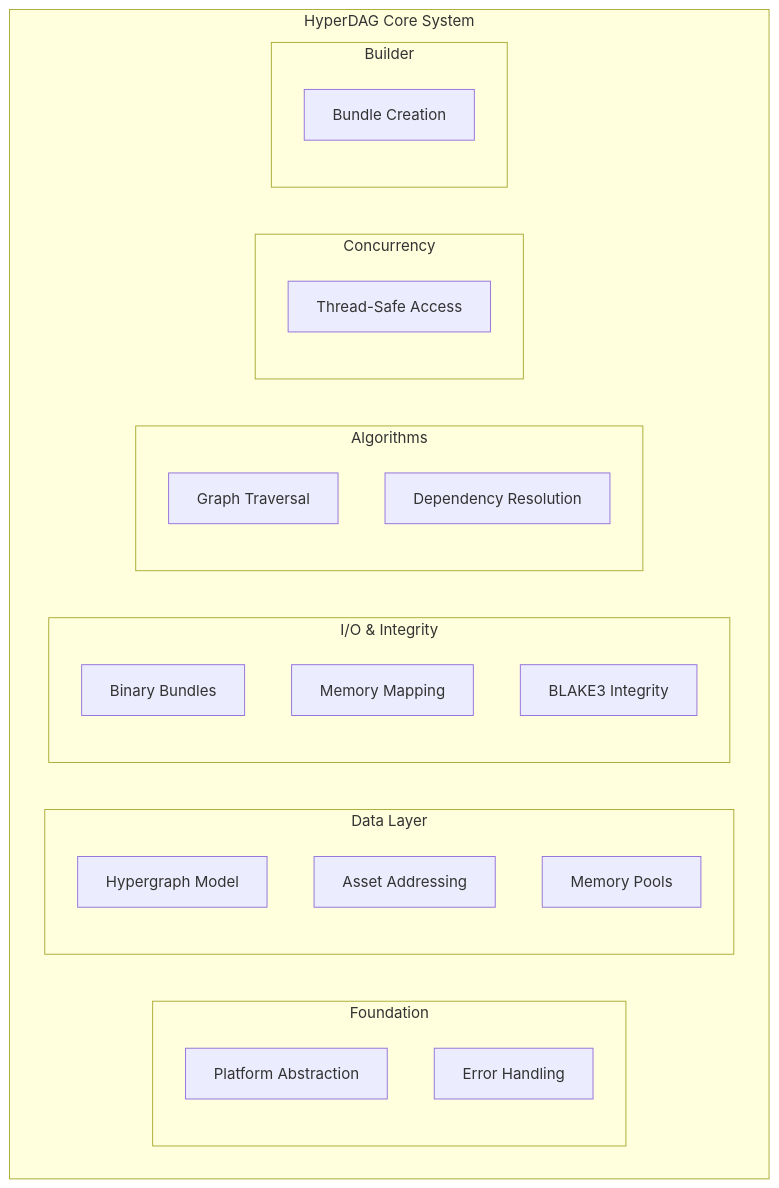
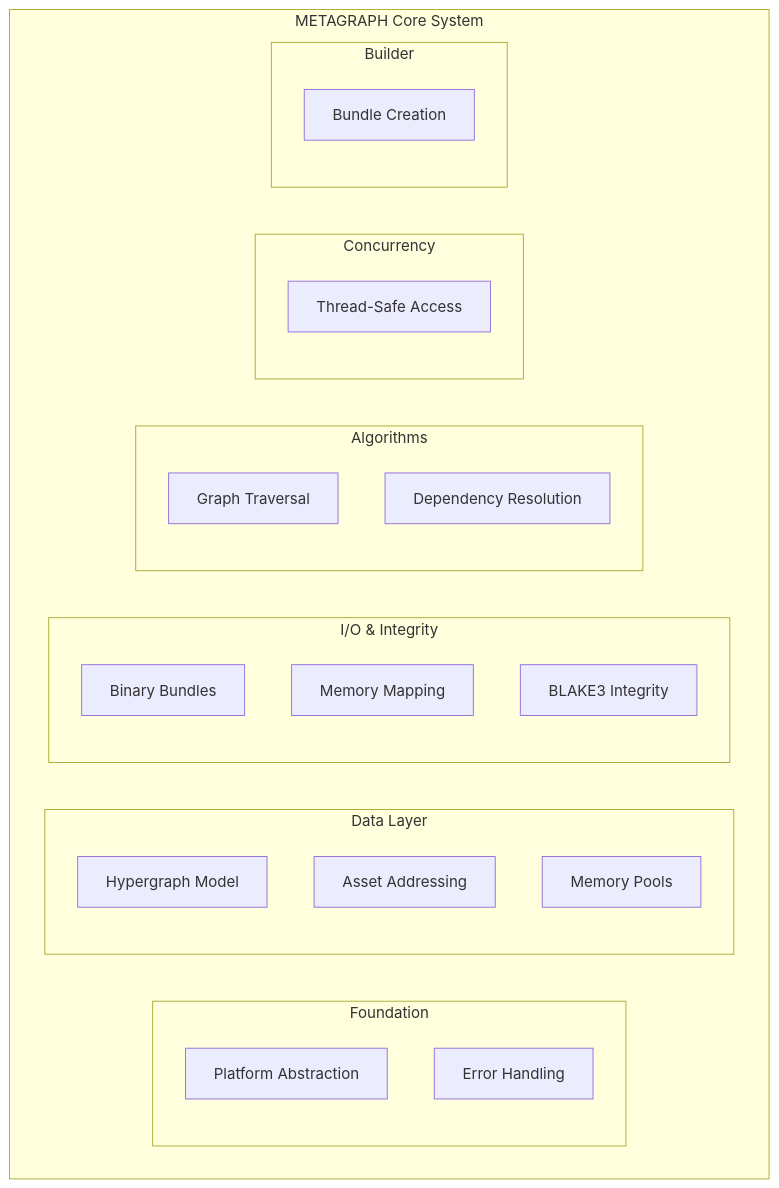
The diagram in README.md (hyperdag/core), drawn with Mermaid before and after one commit. The commit also changed other lines of this file and 59 other files, not shown here.

````diff
--- a/README.md
+++ b/README.md
@@ -25,34 +25,34 @@
 ```mermaid
 graph TD
-    subgraph "HyperDAG Core System"
+    subgraph "METAGRAPH Core System"
         subgraph "Foundation"
             F010[Platform Abstraction]
             F011[Error Handling]
         end
 
         subgraph "Data Layer"
             F001[Hypergraph Model]
             F007[Asset Addressing]
             F009[Memory Pools]
         end
 
         subgraph "I/O & Integrity"
             F002[Binary Bundles]
             F003[Memory Mapping]
             F004[BLAKE3 Integrity]
         end
 
         subgraph "Algorithms"
             F005[Graph Traversal]
             F006[Dependency Resolution]
         end
 
         subgraph "Concurrency"
             F008[Thread-Safe Access]
         end
 
         subgraph "Builder"
             F012[Bundle Creation]
         end
     end
 ```
````
